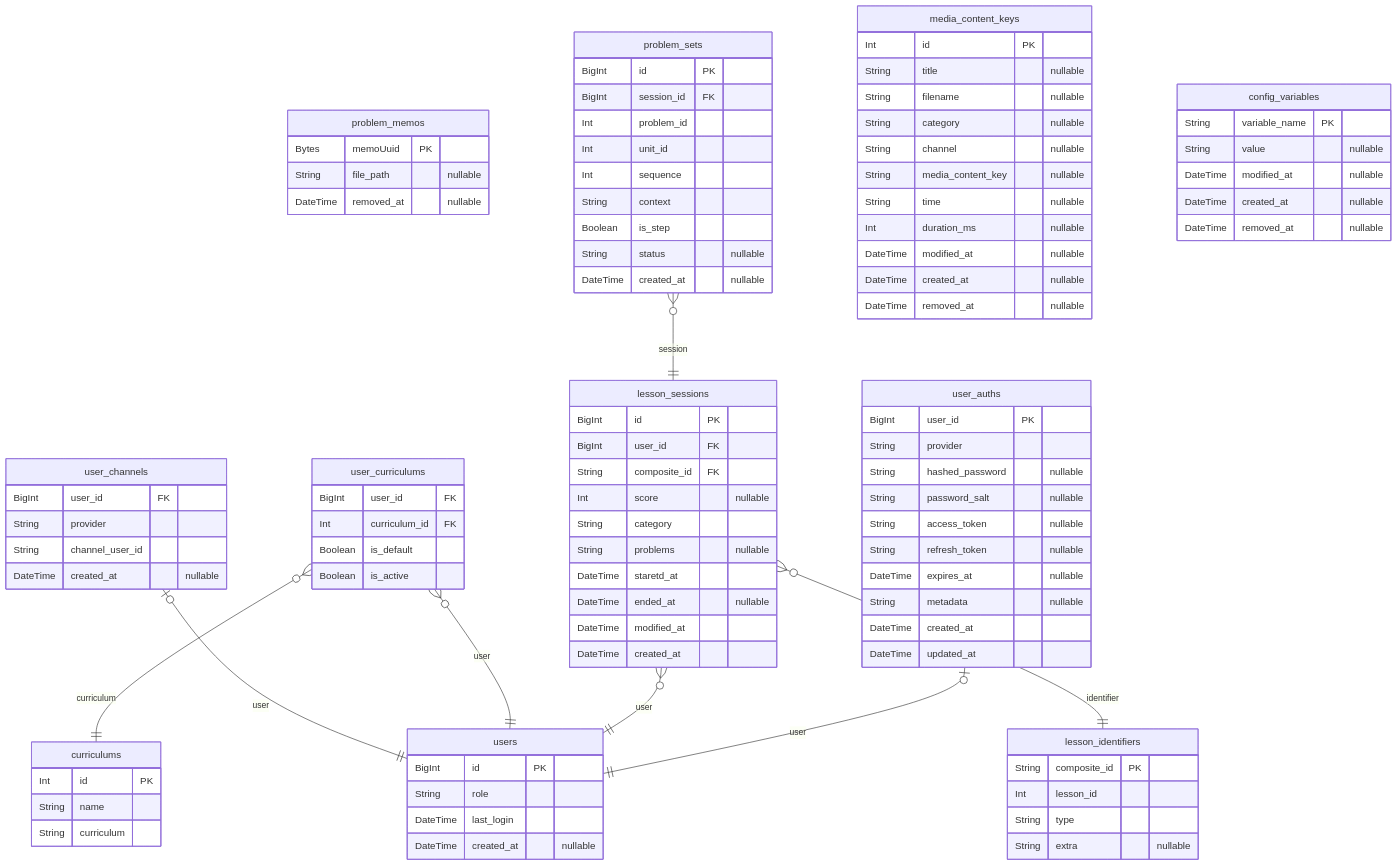
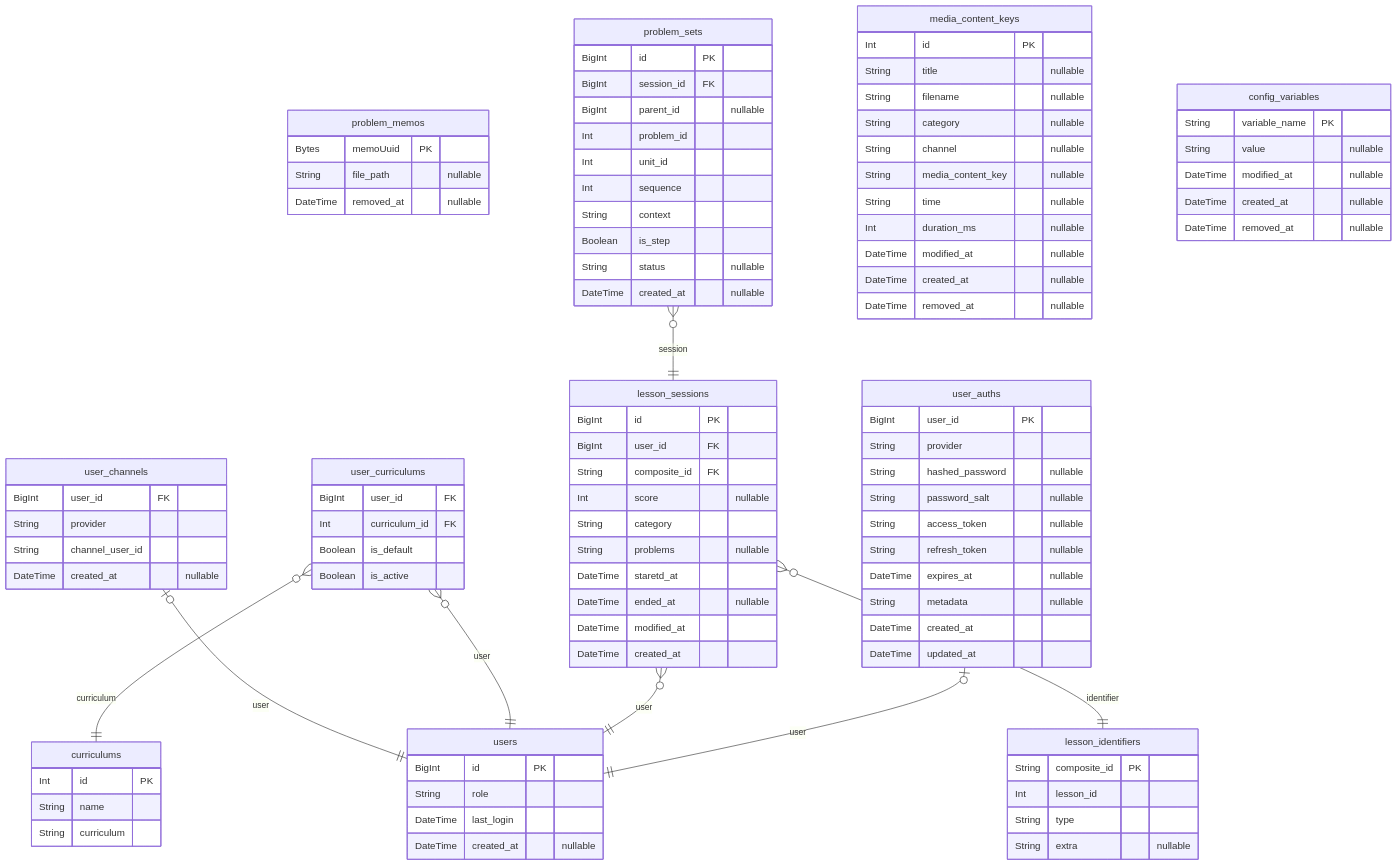
The diagram in prisma/SCHEMA.md (jungyun-kim/prisma-markdown), drawn with Mermaid before and after one commit. The commit also changed other lines of this file and 2 other files, not shown here.

```diff
--- a/prisma/SCHEMA.md
+++ b/prisma/SCHEMA.md
@@ -67,6 +67,7 @@
 "problem_sets" {
   BigInt id PK
   BigInt session_id FK
+  BigInt parent_id "nullable"
   Int problem_id
   Int unit_id
   Int sequence
```
